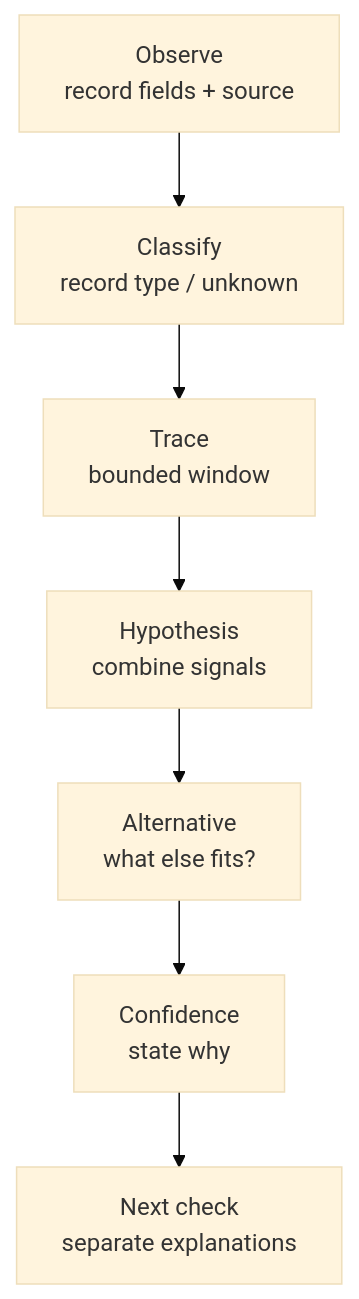
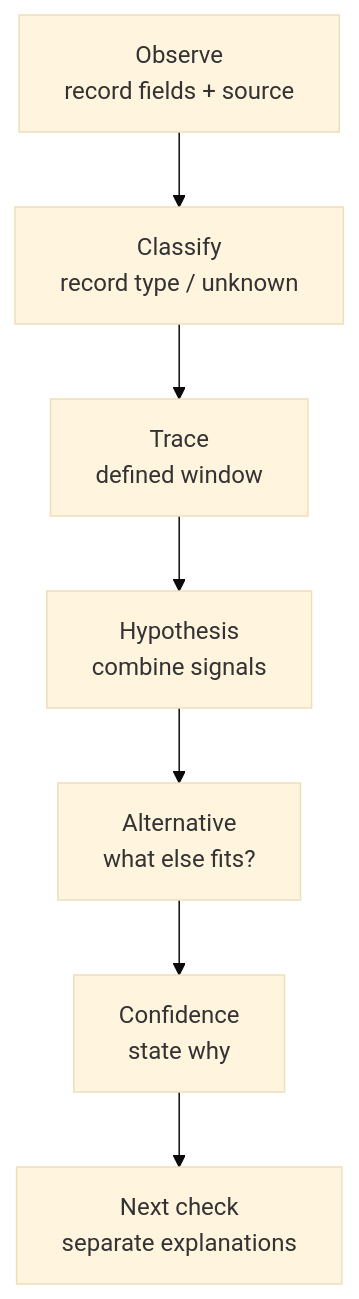
The first of 2 diagrams in docs/tracks/researcher/week-6/part-2-querying-real-data.md (Blockchain-NTU-SG/academy-handbook), drawn with Mermaid (base theme) before and after one commit. The commit also changed other lines of this file and 9 other files, not shown here.

````diff
--- a/docs/tracks/researcher/week-6/part-2-querying-real-data.md
+++ b/docs/tracks/researcher/week-6/part-2-querying-real-data.md
@@ -65,6 +63,6 @@
 ```mermaid
 flowchart TB
   accTitle: Investigation workflow
-  accDescr: Observe and classify records, trace bounded flows, form a hypothesis and alternative, state confidence, then identify a next check.
-  O["Observe<br/>record fields + source"] --> C["Classify<br/>record type / unknown"] --> T["Trace<br/>bounded window"] --> H["Hypothesis<br/>combine signals"] --> A["Alternative<br/>what else fits?"] --> F["Confidence<br/>state why"] --> N["Next check<br/>separate explanations"]
+  accDescr: Observe and classify records, trace a defined window, compare an explanation with an alternative, then state confidence and the next check.
+  O["Observe<br/>record fields + source"] --> C["Classify<br/>record type / unknown"] --> T["Trace<br/>defined window"] --> H["Hypothesis<br/>combine signals"] --> A["Alternative<br/>what else fits?"] --> F["Confidence<br/>state why"] --> N["Next check<br/>separate explanations"]
 ```
````
